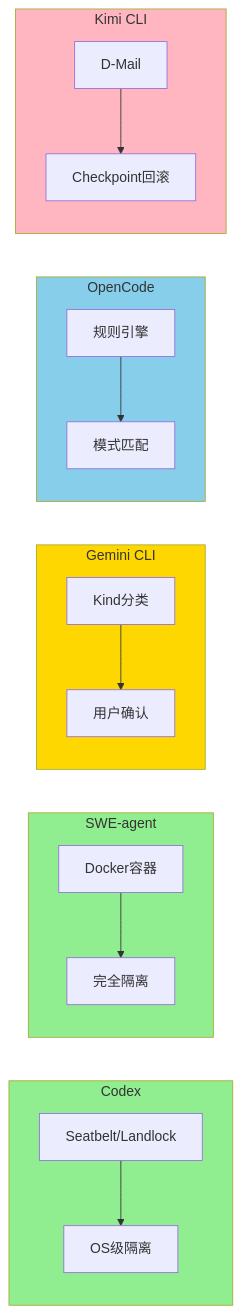
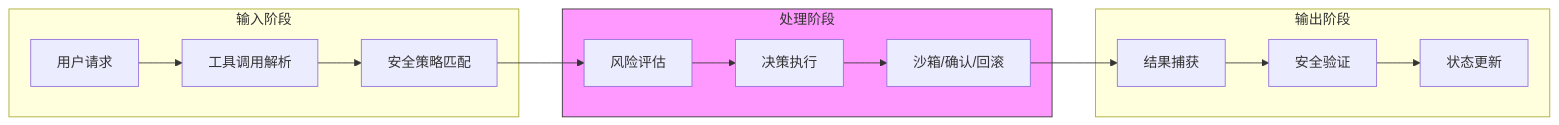
Before and after one commit to giraffe-tree/agent-base: diagram 13 of 15 in docs/comm/10-comm-safety-control.md, drawn with Mermaid. The commit also changed other lines of this file and 155 other files, not shown here.

````diff
--- a/docs/comm/10-comm-safety-control.md
+++ b/docs/comm/10-comm-safety-control.md
@@ -347,28 +678,22 @@
 ```mermaid
 flowchart LR
-    subgraph Codex["Codex"]
-        C1[Seatbelt/Landlock] --> C2[OS级隔离]
+    subgraph Input["输入阶段"]
+        I1[用户请求] --> I2[工具调用解析]
+        I2 --> I3[安全策略匹配]
     end
 
-    subgraph SWE["SWE-agent"]
-        S1[Docker容器] --> S2[完全隔离]
+    subgraph Process["处理阶段"]
+        P1[风险评估] --> P2[决策执行]
+        P2 --> P3[沙箱/确认/回滚]
     end
 
-    subgraph Gemini["Gemini CLI"]
-        G1[Kind分类] --> G2[用户确认]
+    subgraph Output["输出阶段"]
+        O1[结果捕获] --> O2[安全验证]
+        O2 --> O3[状态更新]
     end
 
-    subgraph OpenCode["OpenCode"]
-        O1[规则引擎] --> O2[模式匹配]
-    end
+    I3 --> P1
+    P3 --> O1
 
-    subgraph Kimi["Kimi CLI"]
-        K1[D-Mail] --> K2[Checkpoint回滚]
-    end
-
-    style Codex fill:#90EE90
-    style SWE fill:#90EE90
-    style Gemini fill:#FFD700
-    style OpenCode fill:#87CEEB
-    style Kimi fill:#FFB6C1
+    style Process fill:#f9f,stroke:#333
 ```
````
